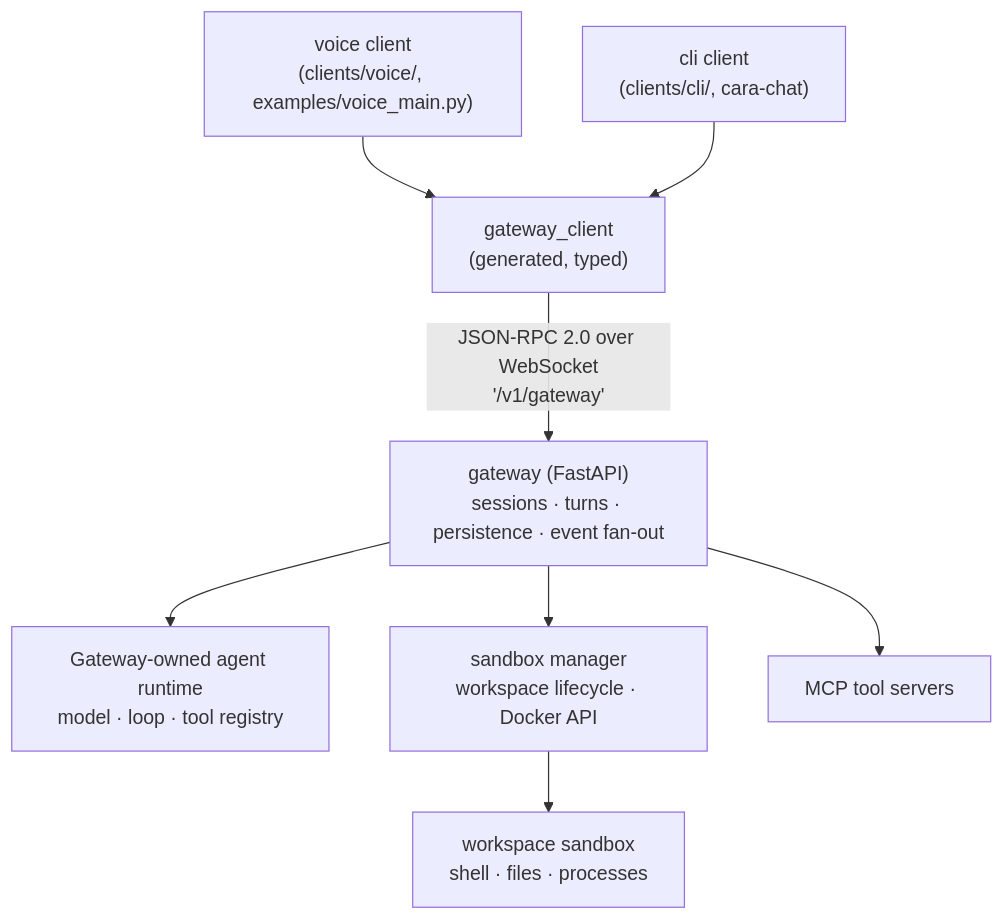
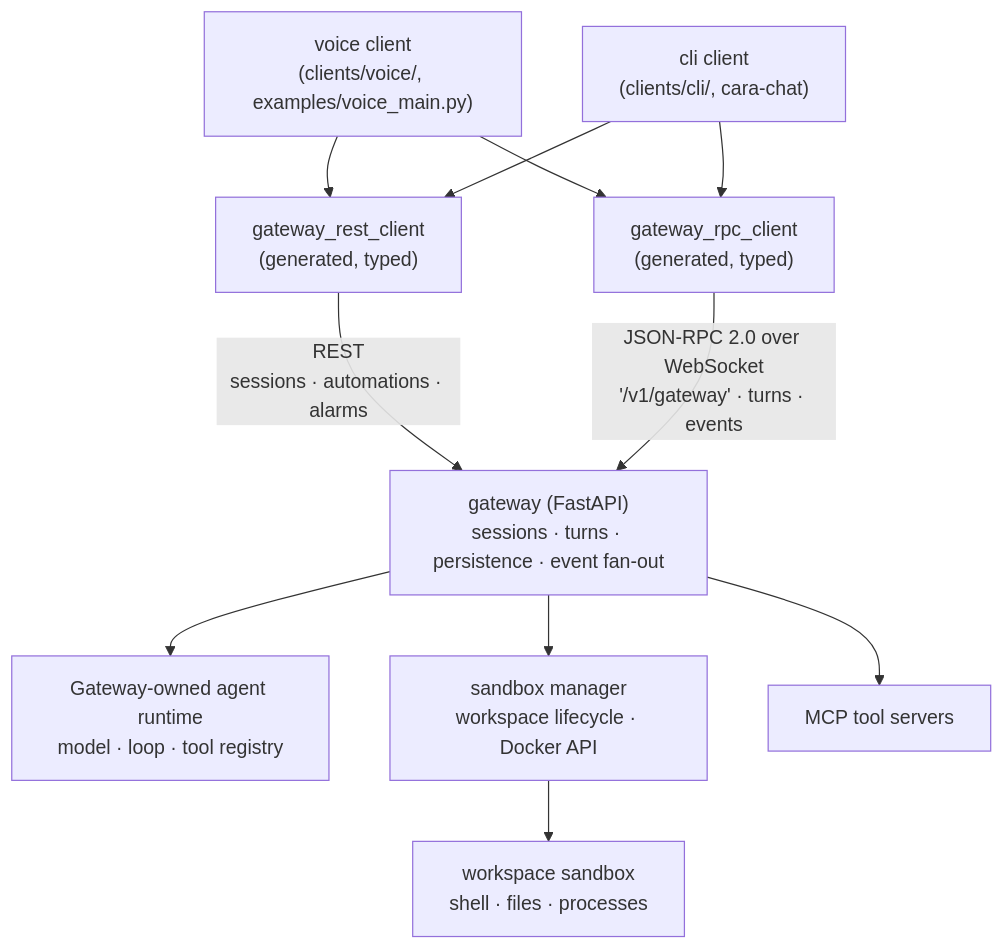
Before and after one commit to mathisarends/cara: the first of 2 diagrams in README.md, drawn with Mermaid. The commit also changed other lines of this file and 122 other files, not shown here.

First line of the commit message:
refactor(gateway): split REST resources from the JSON-RPC socket

````diff
--- a/README.md
+++ b/README.md
@@ -33,19 +33,23 @@
 ```mermaid
 flowchart TD
     Voice["voice client<br/>(clients/voice/, examples/voice_main.py)"]
     Cli["cli client<br/>(clients/cli/, cara-chat)"]
-    Client["gateway_client<br/>(generated, typed)"]
+    Rest["gateway_rest_client<br/>(generated, typed)"]
+    Rpc["gateway_rpc_client<br/>(generated, typed)"]
     Gateway["gateway (FastAPI)<br/>sessions · turns · persistence · event fan-out"]
     Agent["Gateway-owned agent runtime<br/>model · loop · tool registry"]
     Manager["sandbox manager<br/>workspace lifecycle · Docker API"]
     Sandbox["workspace sandbox<br/>shell · files · processes"]
     MCP["MCP tool servers"]
 
-    Voice --> Client
-    Cli --> Client
-    Client -- "JSON-RPC 2.0 over WebSocket<br/>'/v1/gateway'" --> Gateway
+    Voice --> Rest
+    Voice --> Rpc
+    Cli --> Rest
+    Cli --> Rpc
+    Rest -- "REST<br/>sessions · automations · alarms" --> Gateway
+    Rpc -- "JSON-RPC 2.0 over WebSocket<br/>'/v1/gateway' · turns · events" --> Gateway
     Gateway --> Agent
     Gateway --> Manager
     Manager --> Sandbox
     Gateway --> MCP
 ```
````
